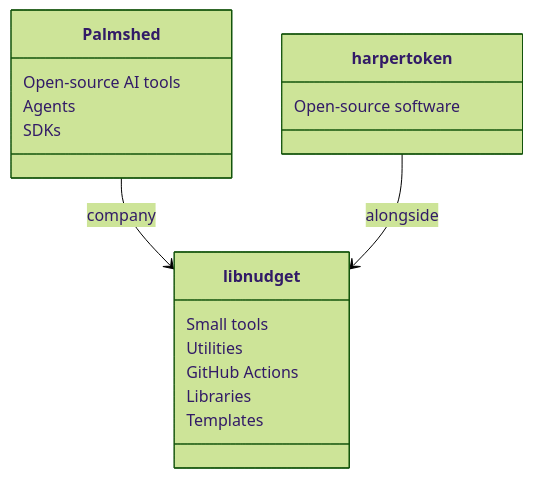
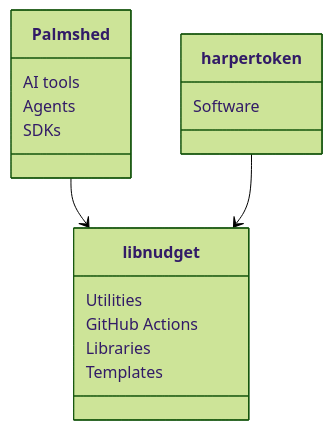
One commit to libnudget/.github changed the diagram in profile/README.md. Above: the diagram before and after it, drawn with Mermaid (forest theme). The commit also changed other lines of this file, not shown here.

````diff
--- a/profile/README.md
+++ b/profile/README.md
@@ -13,25 +14,24 @@
 ```mermaid
 classDiagram
     direction TB
 
     class Palmshed {
-        Open-source AI tools
+        AI tools
         Agents
         SDKs
     }
 
     class harpertoken {
-        Open-source software
+        Software
     }
 
     class libnudget {
-        Small tools
         Utilities
         GitHub Actions
         Libraries
         Templates
     }
 
-    Palmshed --> libnudget : company
-    harpertoken --> libnudget : alongside
+    Palmshed --> libnudget
+    harpertoken --> libnudget
 ```
````
